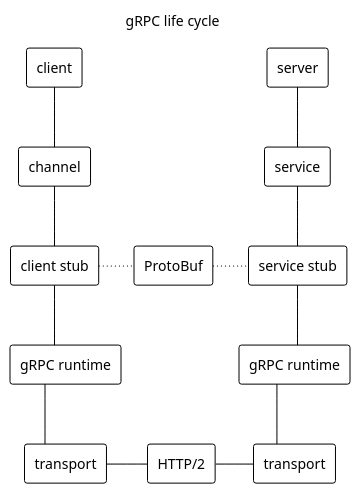
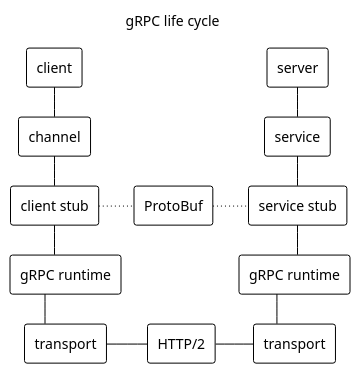
One commit to c0p4c4b4n4/grpc-grpc-java changed the diagram in images/gRPC_life_cycle.puml. Above: the diagram before and after it, drawn with PlantUML. The commit also changed 1 other file, not shown here.

```diff
--- a/images/gRPC_life_cycle.puml
+++ b/images/gRPC_life_cycle.puml
@@ -1,52 +1,53 @@
 @startuml
 !theme plain
 scale 1.0
 title gRPC life cycle
 skinparam TitleFontStyle plain
 skinparam TitleFontSize 14
 skinparam defaultTextAlignment center
 skinparam linetype ortho
+skinparam ranksep 30
 
 rectangle "client" as C0
 rectangle "channel" as C1
 rectangle "client stub" as C2
 rectangle "gRPC runtime" as C3
 rectangle "transport" as C4
 
 rectangle "server" as S0
 rectangle "service" as S1
 rectangle "service stub" as S2
 rectangle "gRPC runtime" as S3
 rectangle "transport" as S4
 
 rectangle "ProtoBuf" as P
 rectangle "HTTP/2" as H
 
 C0 -d- C1
 C1 -d- C2
 C2 -d- C3
 C3 -[hidden]d- C4
 C3 -d- C4
 C3 -[hidden]d- C4
 C3 -[hidden]d- C4
 C3 -[hidden]d- C4
 C3 -[hidden]d- C4
 C3 -[hidden]d- C4
 
 S0 -d- S1
 S1 -d- S2
 S2 -d- S3
 S3 -[hidden]d- S4
 S3 -d- S4
 S3 -[hidden]d- S4
 S3 -[hidden]d- S4
 S3 -[hidden]d- S4
 S3 -[hidden]d- S4
 
 C2 -[dotted]r- P
 P -[dotted]r- S2
 
 C4 -r- H
 H -r- S4
 
 @enduml
```
